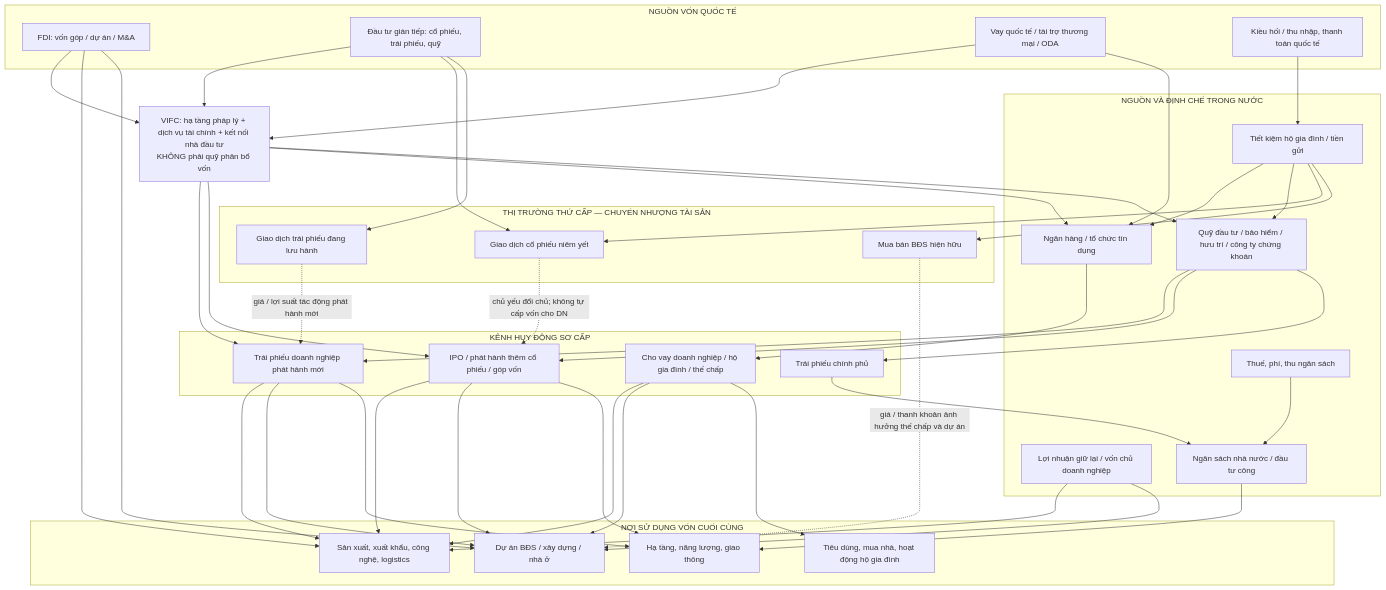
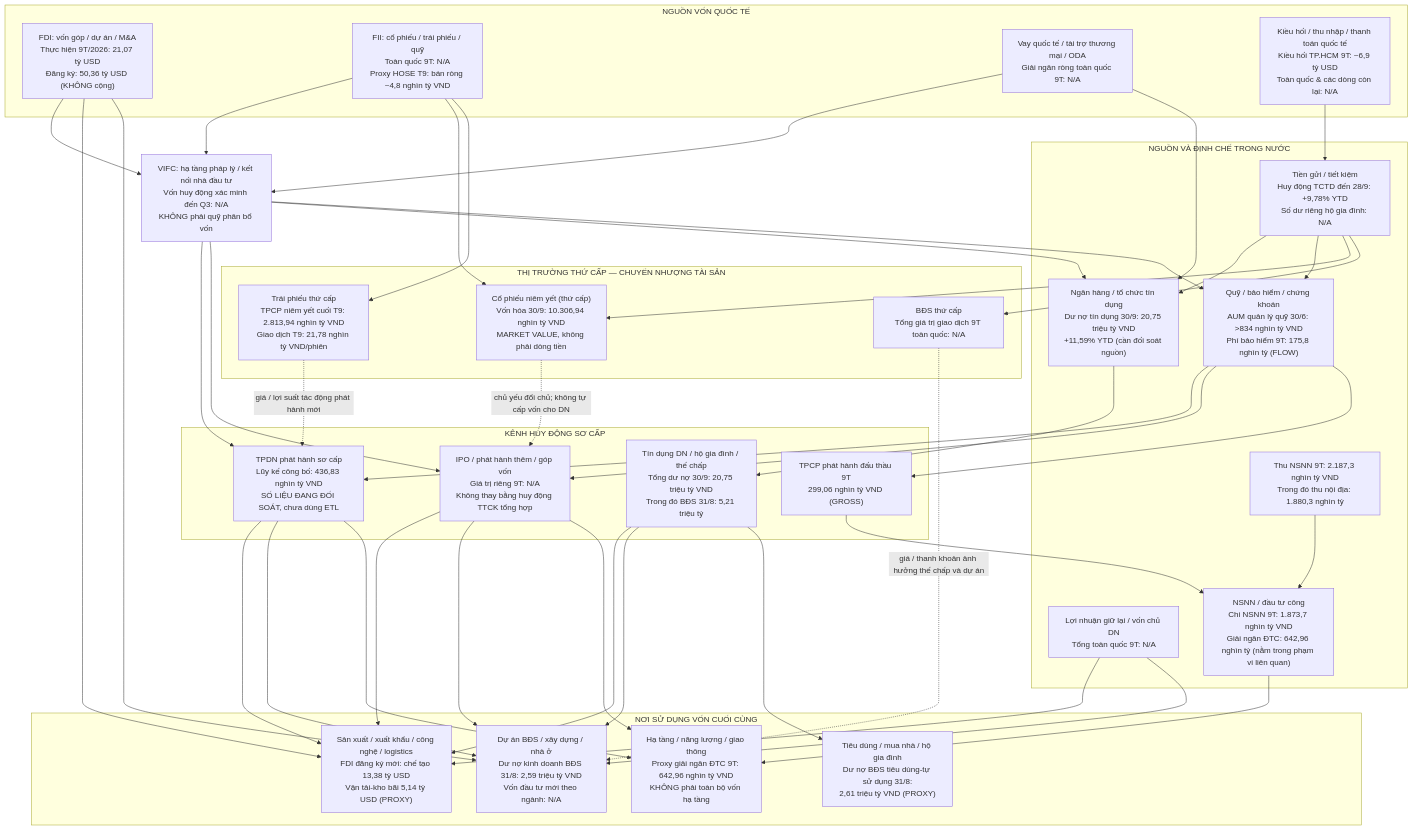
The diagram in docs/topics/Global_Vietnam_Macro/VN_CAPITAL_FLOW_MAP.md (haithanh8x/CherryStock), drawn with Mermaid before and after one commit. The commit also changed other lines of this file, not shown here.

Commit message:
docs(macro): annotate capital flow Mermaid nodes with Q3 2026 metrics and scope labels

````diff
--- a/docs/topics/Global_Vietnam_Macro/VN_CAPITAL_FLOW_MAP.md
+++ b/docs/topics/Global_Vietnam_Macro/VN_CAPITAL_FLOW_MAP.md
@@ -15,73 +15,73 @@
 ```mermaid
 flowchart TB
   subgraph G["NGUỒN VỐN QUỐC TẾ"]
-    FDI["FDI: vốn góp / dự án / M&A"]
-    FII["Đầu tư gián tiếp: cổ phiếu, trái phiếu, quỹ"]
-    LOAN["Vay quốc tế / tài trợ thương mại / ODA"]
-    REMIT["Kiều hối / thu nhập, thanh toán quốc tế"]
+    FDI["FDI: vốn góp / dự án / M&A<br/>Thực hiện 9T/2026: 21,07 tỷ USD<br/>Đăng ký: 50,36 tỷ USD (KHÔNG cộng)"]
+    FII["FII: cổ phiếu / trái phiếu / quỹ<br/>Toàn quốc 9T: N/A<br/>Proxy HOSE T9: bán ròng ~4,8 nghìn tỷ VND"]
+    LOAN["Vay quốc tế / tài trợ thương mại / ODA<br/>Giải ngân ròng toàn quốc 9T: N/A"]
+    REMIT["Kiều hối / thu nhập / thanh toán quốc tế<br/>Kiều hối TP.HCM 9T: ~6,9 tỷ USD<br/>Toàn quốc & các dòng còn lại: N/A"]
   end
-  IFC["VIFC: hạ tầng pháp lý + dịch vụ tài chính + kết nối nhà đầu tư\nKHÔNG phải quỹ phân bổ vốn"]
+  IFC["VIFC: hạ tầng pháp lý / kết nối nhà đầu tư<br/>Vốn huy động xác minh đến Q3: N/A<br/>KHÔNG phải quỹ phân bổ vốn"]
   subgraph D["NGUỒN VÀ ĐỊNH CHẾ TRONG NƯỚC"]
-    SAVE["Tiết kiệm hộ gia đình / tiền gửi"]
-    RETAIN["Lợi nhuận giữ lại / vốn chủ doanh nghiệp"]
-    TAX["Thuế, phí, thu ngân sách"]
-    BANK["Ngân hàng / tổ chức tín dụng"]
-    FUNDS["Quỹ đầu tư / bảo hiểm / hưu trí / công ty chứng khoán"]
-    STATE["Ngân sách nhà nước / đầu tư công"]
+    SAVE["Tiền gửi / tiết kiệm<br/>Huy động TCTD đến 28/9: +9,78% YTD<br/>Số dư riêng hộ gia đình: N/A"]
+    RETAIN["Lợi nhuận giữ lại / vốn chủ DN<br/>Tổng toàn quốc 9T: N/A"]
+    TAX["Thu NSNN 9T: 2.187,3 nghìn tỷ VND<br/>Trong đó thu nội địa: 1.880,3 nghìn tỷ"]
+    BANK["Ngân hàng / tổ chức tín dụng<br/>Dư nợ tín dụng 30/9: 20,75 triệu tỷ VND<br/>+11,59% YTD (cần đối soát nguồn)"]
+    FUNDS["Quỹ / bảo hiểm / chứng khoán<br/>AUM quản lý quỹ 30/6: >834 nghìn tỷ VND<br/>Phí bảo hiểm 9T: 175,8 nghìn tỷ (FLOW)"]
+    STATE["NSNN / đầu tư công<br/>Chi NSNN 9T: 1.873,7 nghìn tỷ VND<br/>Giải ngân ĐTC: 642,96 nghìn tỷ (nằm trong phạm vi liên quan)"]
   end
   subgraph P["KÊNH HUY ĐỘNG SƠ CẤP"]
-    CREDIT["Cho vay doanh nghiệp / hộ gia đình / thế chấp"]
-    BOND["Trái phiếu doanh nghiệp phát hành mới"]
-    EQUITY["IPO / phát hành thêm cổ phiếu / góp vốn"]
-    GOVB["Trái phiếu chính phủ"]
+    CREDIT["Tín dụng DN / hộ gia đình / thế chấp<br/>Tổng dư nợ 30/9: 20,75 triệu tỷ VND<br/>Trong đó BĐS 31/8: 5,21 triệu tỷ"]
+    BOND["TPDN phát hành sơ cấp<br/>Lũy kế công bố: 436,83 nghìn tỷ VND<br/>SỐ LIỆU ĐANG ĐỐI SOÁT, chưa dùng ETL"]
+    EQUITY["IPO / phát hành thêm / góp vốn<br/>Giá trị riêng 9T: N/A<br/>Không thay bằng huy động TTCK tổng hợp"]
+    GOVB["TPCP phát hành đấu thầu 9T<br/>299,06 nghìn tỷ VND (GROSS)"]
   end
   subgraph U["NƠI SỬ DỤNG VỐN CUỐI CÙNG"]
-    PROD["Sản xuất, xuất khẩu, công nghệ, logistics"]
-    RE["Dự án BĐS / xây dựng / nhà ở"]
-    INFRA["Hạ tầng, năng lượng, giao thông"]
-    HOUSE["Tiêu dùng, mua nhà, hoạt động hộ gia đình"]
+    PROD["Sản xuất / xuất khẩu / công nghệ / logistics<br/>FDI đăng ký mới: chế tạo 13,38 tỷ USD<br/>Vận tải-kho bãi 5,14 tỷ USD (PROXY)"]
+    RE["Dự án BĐS / xây dựng / nhà ở<br/>Dư nợ kinh doanh BĐS 31/8: 2,59 triệu tỷ VND<br/>Vốn đầu tư mới theo ngành: N/A"]
+    INFRA["Hạ tầng / năng lượng / giao thông<br/>Proxy giải ngân ĐTC 9T: 642,96 nghìn tỷ VND<br/>KHÔNG phải toàn bộ vốn hạ tầng"]
+    HOUSE["Tiêu dùng / mua nhà / hộ gia đình<br/>Dư nợ BĐS tiêu dùng-tự sử dụng 31/8:<br/>2,61 triệu tỷ VND (PROXY)"]
   end
   subgraph S["THỊ TRƯỜNG THỨ CẤP — CHUYỂN NHƯỢNG TÀI SẢN"]
-    STOCK["Giao dịch cổ phiếu niêm yết"]
-    TBOND["Giao dịch trái phiếu đang lưu hành"]
-    PROP["Mua bán BĐS hiện hữu"]
+    STOCK["Cổ phiếu niêm yết (thứ cấp)<br/>Vốn hóa 30/9: 10.306,94 nghìn tỷ VND<br/>MARKET VALUE, không phải dòng tiền"]
+    TBOND["Trái phiếu thứ cấp<br/>TPCP niêm yết cuối T9: 2.813,94 nghìn tỷ VND<br/>Giao dịch T9: 21,78 nghìn tỷ VND/phiên"]
+    PROP["BĐS thứ cấp<br/>Tổng giá trị giao dịch 9T toàn quốc: N/A"]
   end
   FDI --> IFC
   FII --> IFC
   LOAN --> IFC
   IFC --> BANK
   IFC --> FUNDS
   IFC --> BOND
   IFC --> EQUITY
   FDI --> PROD
   FDI --> RE
   LOAN --> BANK
   REMIT --> SAVE
   SAVE --> BANK
   SAVE --> FUNDS
   RETAIN --> PROD
   RETAIN --> RE
   TAX --> STATE
   BANK --> CREDIT
   FUNDS --> BOND
   FUNDS --> EQUITY
   FUNDS --> GOVB
   STATE --> INFRA
   GOVB --> STATE
   CREDIT --> PROD
   CREDIT --> RE
   CREDIT --> HOUSE
   BOND --> PROD
   BOND --> RE
   BOND --> INFRA
   EQUITY --> PROD
   EQUITY --> RE
   EQUITY --> INFRA
   FII --> STOCK
   FII --> TBOND
   SAVE --> STOCK
   SAVE --> PROP
   STOCK -. "chủ yếu đổi chủ; không tự cấp vốn cho DN" .-> EQUITY
   TBOND -. "giá / lợi suất tác động phát hành mới" .-> BOND
   PROP -. "giá / thanh khoản ảnh hưởng thế chấp và dự án" .-> RE
 ```
````
